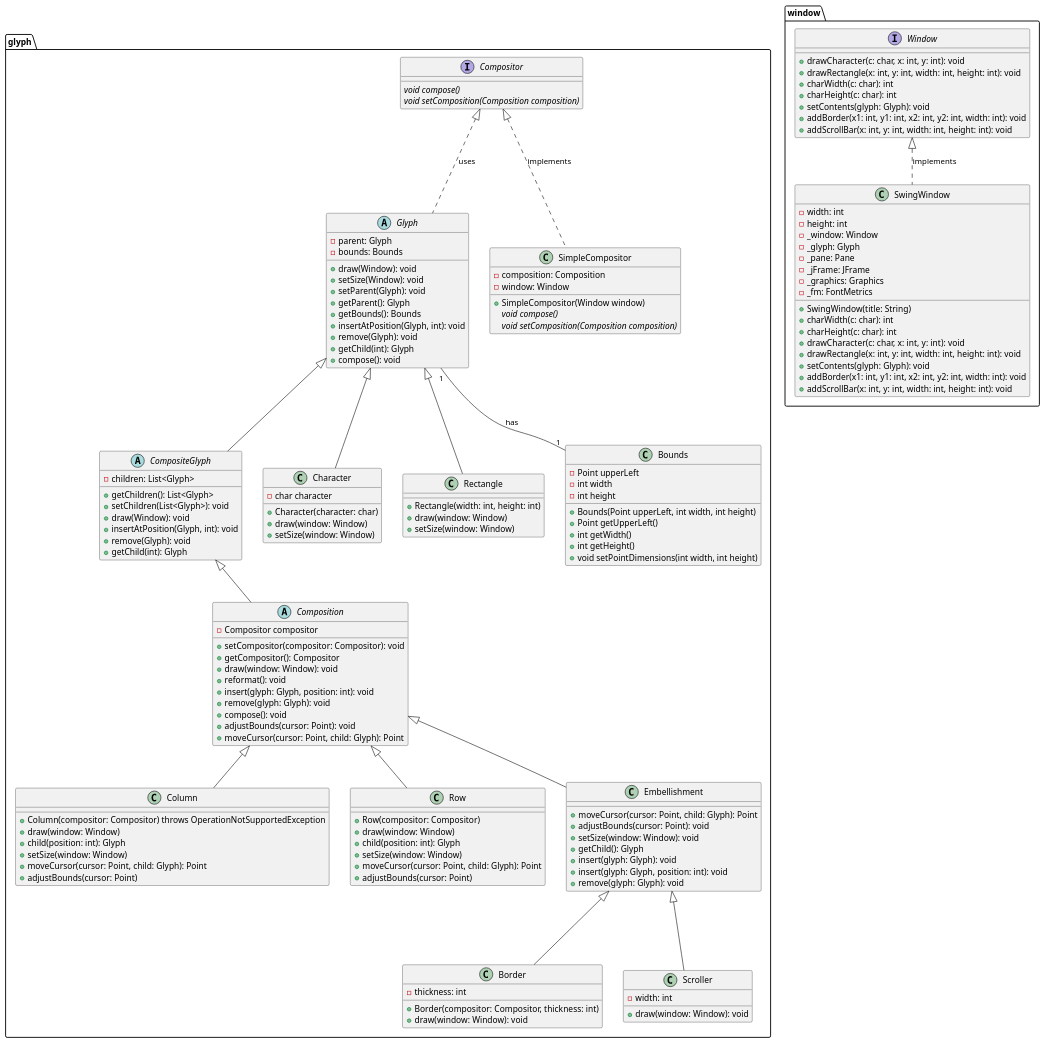
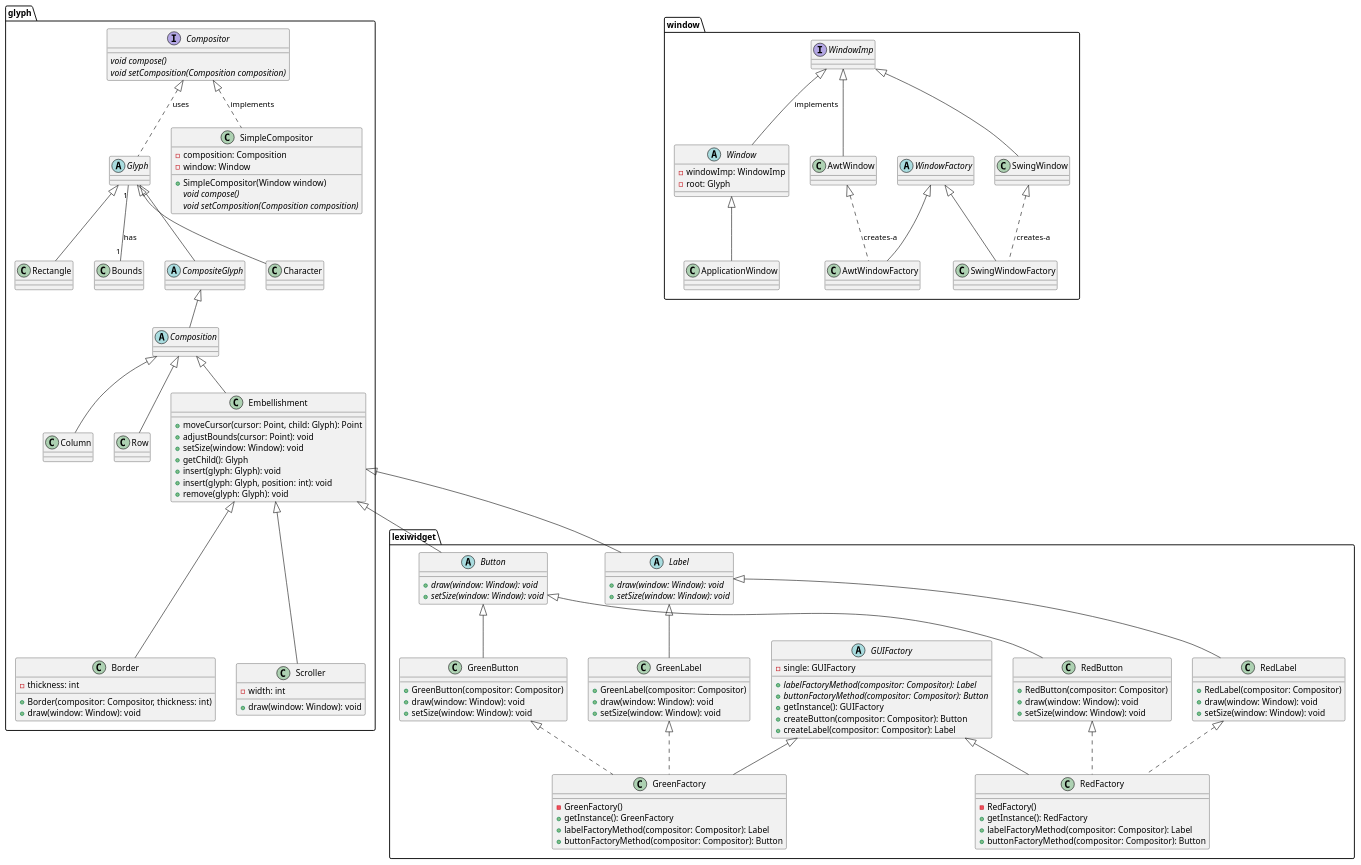
The diagram in Lexi/Diagram.puml (rubalgoyal/LexiDocument-ObjectOrientedDesignPattern), drawn with PlantUML before and after one commit. The commit also changed 144 other files, not shown here.

```diff
--- a/Lexi/Diagram.puml
+++ b/Lexi/Diagram.puml
@@ -2,47 +2,47 @@
 @startuml
 package glyph {
   abstract class Glyph {
-    - parent: Glyph
-    - bounds: Bounds
-    + draw(Window): void
-    + setSize(Window): void
-    + setParent(Glyph): void
-    + getParent(): Glyph
-    + getBounds(): Bounds
-    + insertAtPosition(Glyph, int): void
-    + remove(Glyph): void
-    + getChild(int): Glyph
-    + compose(): void
+'    - parent: Glyph
+'    - bounds: Bounds
+'    + draw(Window): void
+'    + setSize(Window): void
+'    + setParent(Glyph): void
+'    + getParent(): Glyph
+'    + getBounds(): Bounds
+'    + insertAtPosition(Glyph, int): void
+'    + remove(Glyph): void
+'    + getChild(int): Glyph
+'    + compose(): void
   }
   abstract class CompositeGlyph {
-    - children: List<Glyph>
-    + getChildren(): List<Glyph>
-    + setChildren(List<Glyph>): void
-    + draw(Window): void
-    + insertAtPosition(Glyph, int): void
-    + remove(Glyph): void
-    + getChild(int): Glyph
+'    - children: List<Glyph>
+'    + getChildren(): List<Glyph>
+'    + setChildren(List<Glyph>): void
+'    + draw(Window): void
+'    + insertAtPosition(Glyph, int): void
+'    + remove(Glyph): void
+'    + getChild(int): Glyph
   }
 
 
       class Column {
-          +Column(compositor: Compositor) throws OperationNotSupportedException
-          +draw(window: Window)
-          +child(position: int): Glyph
-          +setSize(window: Window)
-          +moveCursor(cursor: Point, child: Glyph): Point
-          +adjustBounds(cursor: Point)
+'          +Column(compositor: Compositor) throws OperationNotSupportedException
+'          +draw(window: Window)
+'          +child(position: int): Glyph
+'          +setSize(window: Window)
+'          +moveCursor(cursor: Point, child: Glyph): Point
+'          +adjustBounds(cursor: Point)
       }
 
 
 
       class Row {
-          +Row(compositor: Compositor)
-          +draw(window: Window)
-          +child(position: int): Glyph
-          +setSize(window: Window)
-          +moveCursor(cursor: Point, child: Glyph): Point
-          +adjustBounds(cursor: Point)
+'          +Row(compositor: Compositor)
+'          +draw(window: Window)
+'          +child(position: int): Glyph
+'          +setSize(window: Window)
+'          +moveCursor(cursor: Point, child: Glyph): Point
+'          +adjustBounds(cursor: Point)
       }
 
 
@@ -50,46 +50,46 @@
 
         class Character {
 
-            -char character
-            +Character(character: char)
-            +draw(window: Window)
-            +setSize(window: Window)
+'            -char character
+'            +Character(character: char)
+'            +draw(window: Window)
+'            +setSize(window: Window)
         }
 
 
 
         class Rectangle {
 
-            +Rectangle(width: int, height: int)
-            +draw(window: Window)
-            +setSize(window: Window)
+'            +Rectangle(width: int, height: int)
+'            +draw(window: Window)
+'            +setSize(window: Window)
         }
 
 
 
 
         abstract class Composition {
-            -Compositor compositor
-            +setCompositor(compositor: Compositor): void
-            +getCompositor(): Compositor
-            +draw(window: Window): void
-            +reformat(): void
-            +insert(glyph: Glyph, position: int): void
-            +remove(glyph: Glyph): void
-            +compose(): void
-            +adjustBounds(cursor: Point): void
-            +moveCursor(cursor: Point, child: Glyph): Point
+'            -Compositor compositor
+'            +setCompositor(compositor: Compositor): void
+'            +getCompositor(): Compositor
+'            +draw(window: Window): void
+'            +reformat(): void
+'            +insert(glyph: Glyph, position: int): void
+'            +remove(glyph: Glyph): void
+'            +compose(): void
+'            +adjustBounds(cursor: Point): void
+'            +moveCursor(cursor: Point, child: Glyph): Point
         }
 
             class Bounds {
-                    - Point upperLeft
-                    - int width
-                    - int height
-                    + Bounds(Point upperLeft, int width, int height)
-                    + Point getUpperLeft()
-                    + int getWidth()
-                    + int getHeight()
-                    + void setPointDimensions(int width, int height)
+'                    - Point upperLeft
+'                    - int width
+'                    - int height
+'                    + Bounds(Point upperLeft, int width, int height)
+'                    + Point getUpperLeft()
+'                    + int getWidth()
+'                    + int getHeight()
+'                    + void setPointDimensions(int width, int height)
                 }
 
     interface Compositor {
@@ -147,36 +147,115 @@
 }
 
 package window {
-    interface Window {
-        + drawCharacter(c: char, x: int, y: int): void
-        + drawRectangle(x: int, y: int, width: int, height: int): void
-        + charWidth(c: char): int
-        + charHeight(c: char): int
-        + setContents(glyph: Glyph): void
-        + addBorder(x1: int, y1: int, x2: int, y2: int, width: int): void
-        + addScrollBar(x: int, y: int, width: int, height: int): void
+    abstract class Window {
+            - windowImp: WindowImp
+            - root: Glyph
     }
 
-    class SwingWindow {
-        - width: int
-        - height: int
-        - _window: Window
-        - _glyph: Glyph
-        - _pane: Pane
-        - _jFrame: JFrame
-        - _graphics: Graphics
-        - _fm: FontMetrics
+    abstract class WindowFactory {}
+    class ApplicationWindow {}
+    class SwingWindow {}
+    class SwingWindowFactory{}
+    class AwtWindowFactory{}
+    interface WindowImp {}
+    class AwtWindow{}
 
-        + SwingWindow(title: String)
-        + charWidth(c: char): int
-        + charHeight(c: char): int
-        + drawCharacter(c: char, x: int, y: int): void
-        + drawRectangle(x: int, y: int, width: int, height: int): void
-        + setContents(glyph: Glyph): void
-        + addBorder(x1: int, y1: int, x2: int, y2: int, width: int): void
-        + addScrollBar(x: int, y: int, width: int, height: int): void
+
+     WindowImp <|-- Window : implements
+     Window <|--  ApplicationWindow
+     WindowImp <|-- SwingWindow
+     WindowImp <|-- AwtWindow
+     SwingWindow <|.. SwingWindowFactory : creates-a
+     AwtWindow <|.. AwtWindowFactory : creates-a
+     WindowFactory <|-- AwtWindowFactory
+     WindowFactory <|-- SwingWindowFactory
+
+}
+
+package lexiwidget {
+    abstract class GUIFactory {
+        {abstract} +labelFactoryMethod(compositor: Compositor): Label
+        {abstract} +buttonFactoryMethod(compositor: Compositor): Button
+        -single: GUIFactory
+        +getInstance(): GUIFactory
+        +createButton(compositor: Compositor): Button
+        +createLabel(compositor: Compositor): Label
     }
 
-     Window <|.. SwingWindow : implements
+    abstract class Button {
+        {abstract} +draw(window: Window): void
+        {abstract} +setSize(window: Window): void
+    }
+
+    abstract class Label {
+        {abstract} +draw(window: Window): void
+        {abstract} +setSize(window: Window): void
+    }
+
+    class RedFactory {
+        -RedFactory()
+        +getInstance(): RedFactory
+        +labelFactoryMethod(compositor: Compositor): Label
+        +buttonFactoryMethod(compositor: Compositor): Button
+    }
+
+    class GreenFactory {
+        -GreenFactory()
+        +getInstance(): GreenFactory
+        +labelFactoryMethod(compositor: Compositor): Label
+        +buttonFactoryMethod(compositor: Compositor): Button
+    }
+
+    class RedButton {
+        +RedButton(compositor: Compositor)
+        +draw(window: Window): void
+        +setSize(window: Window): void
+    }
+
+    class GreenButton {
+        +GreenButton(compositor: Compositor)
+        +draw(window: Window): void
+        +setSize(window: Window): void
+    }
+
+    class RedLabel {
+        +RedLabel(compositor: Compositor)
+        +draw(window: Window): void
+        +setSize(window: Window): void
+    }
+
+    class GreenLabel {
+        +GreenLabel(compositor: Compositor)
+        +draw(window: Window): void
+        +setSize(window: Window): void
+    }
+
+    GUIFactory <|-- RedFactory
+    GUIFactory <|-- GreenFactory
+    Embellishment <|-- Button
+    Embellishment <|-- Label
+    Button <|-- GreenButton
+    Button <|-- RedButton
+    Label <|-- RedLabel
+    Label <|-- GreenLabel
+    GreenButton <|.. GreenFactory
+    GreenLabel <|.. GreenFactory
+    RedButton <|.. RedFactory
+    RedLabel <|.. RedFactory
+
+
+
 }
+
+'package glyph {
+'    class Compositor
+'}
+'
+'package window {
+'    class Window
+'}
+'
+'GUIFactory --> Compositor
+'Button --> Window
+'Label --> Window
 @enduml
```
